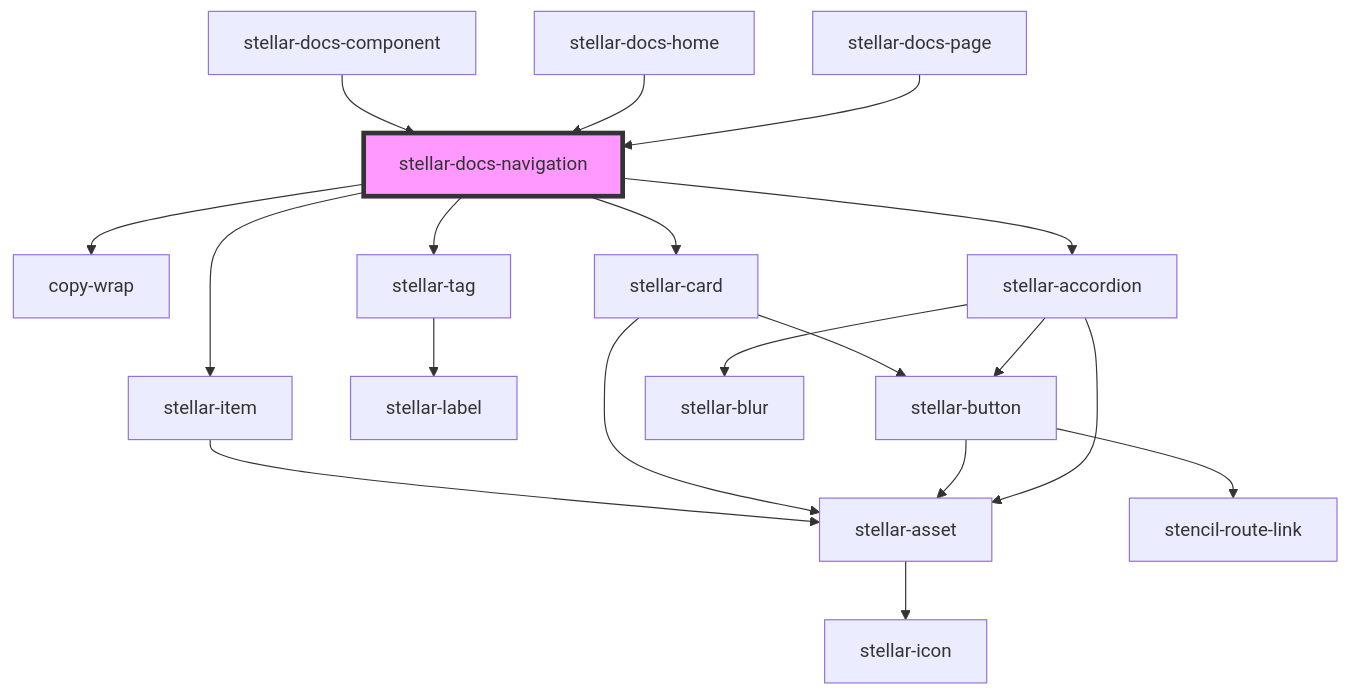
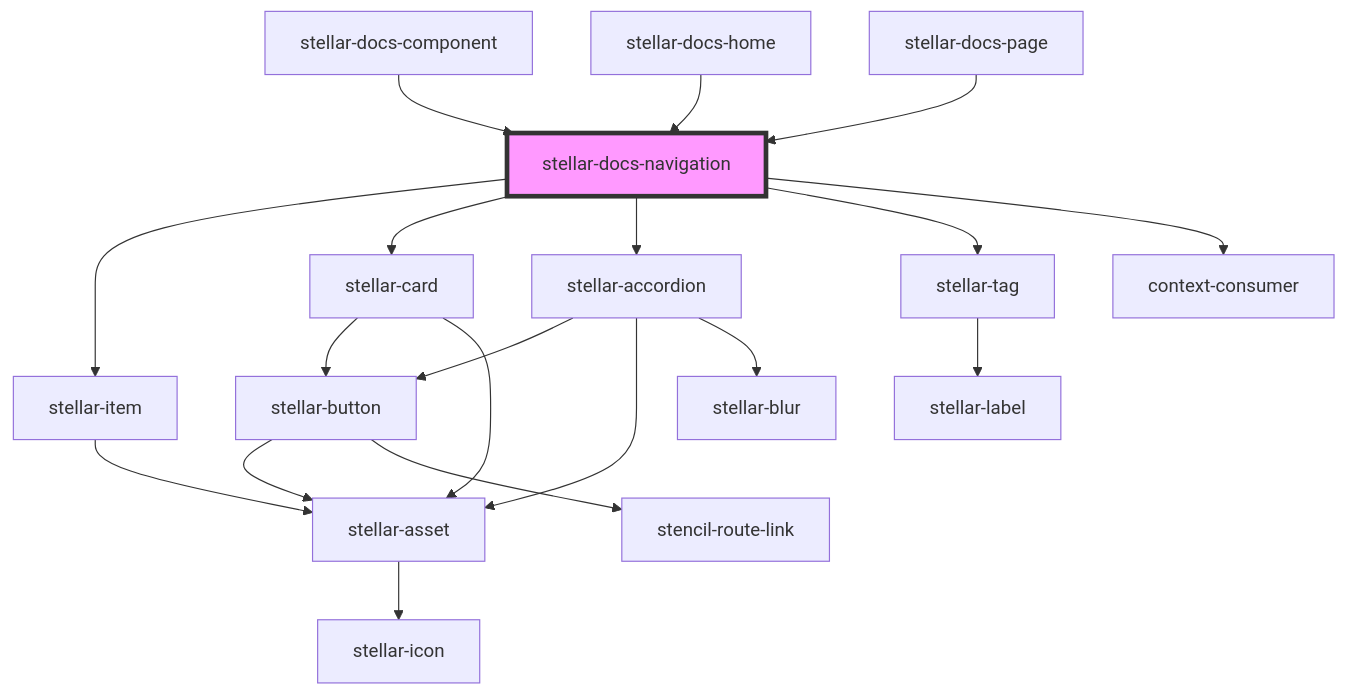
The diagram in src/components/docs/navigation/readme.md (splitinfinities/Stellar), drawn with Mermaid before and after one commit. The commit also changed other lines of this file and 13 other files, not shown here.

````diff
--- a/src/components/docs/navigation/readme.md
+++ b/src/components/docs/navigation/readme.md
@@ -25,22 +35,22 @@
 ```mermaid
 graph TD;
   stellar-docs-navigation --> stellar-item
-  stellar-docs-navigation --> copy-wrap
-  stellar-docs-navigation --> stellar-tag
   stellar-docs-navigation --> stellar-card
   stellar-docs-navigation --> stellar-accordion
+  stellar-docs-navigation --> stellar-tag
+  stellar-docs-navigation --> context-consumer
   stellar-item --> stellar-asset
   stellar-asset --> stellar-icon
-  stellar-tag --> stellar-label
   stellar-card --> stellar-button
   stellar-card --> stellar-asset
   stellar-button --> stellar-asset
   stellar-button --> stencil-route-link
   stellar-accordion --> stellar-button
   stellar-accordion --> stellar-asset
   stellar-accordion --> stellar-blur
+  stellar-tag --> stellar-label
   stellar-docs-component --> stellar-docs-navigation
   stellar-docs-home --> stellar-docs-navigation
   stellar-docs-page --> stellar-docs-navigation
   style stellar-docs-navigation fill:#f9f,stroke:#333,stroke-width:4px
 ```
````
